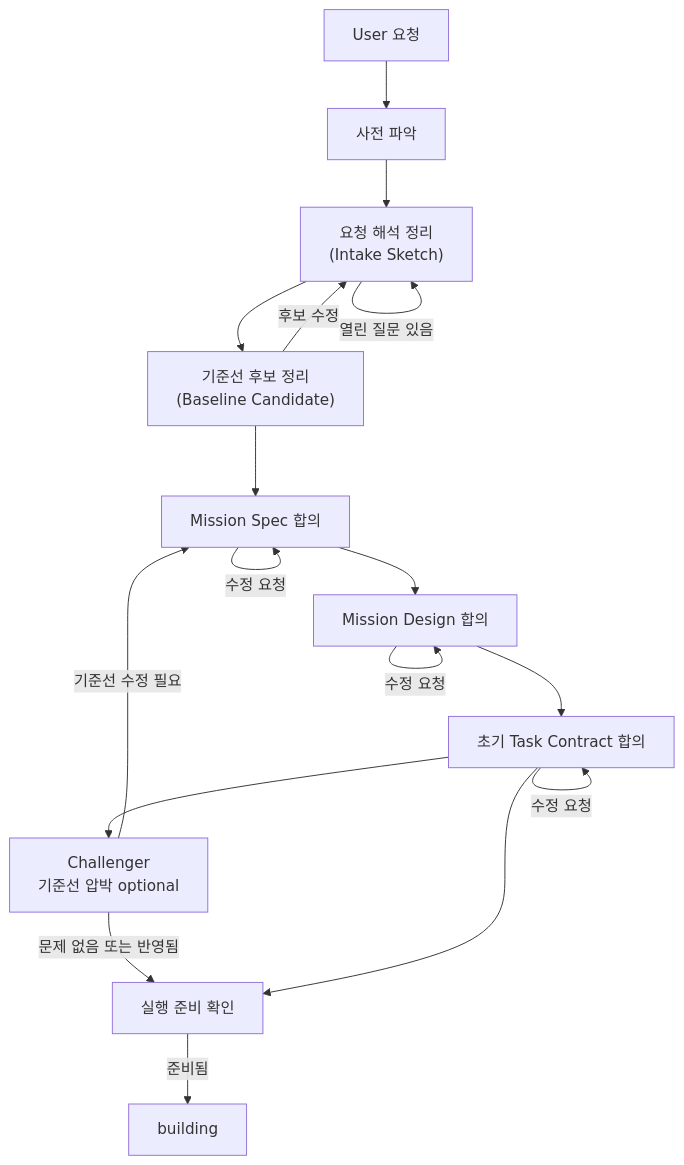
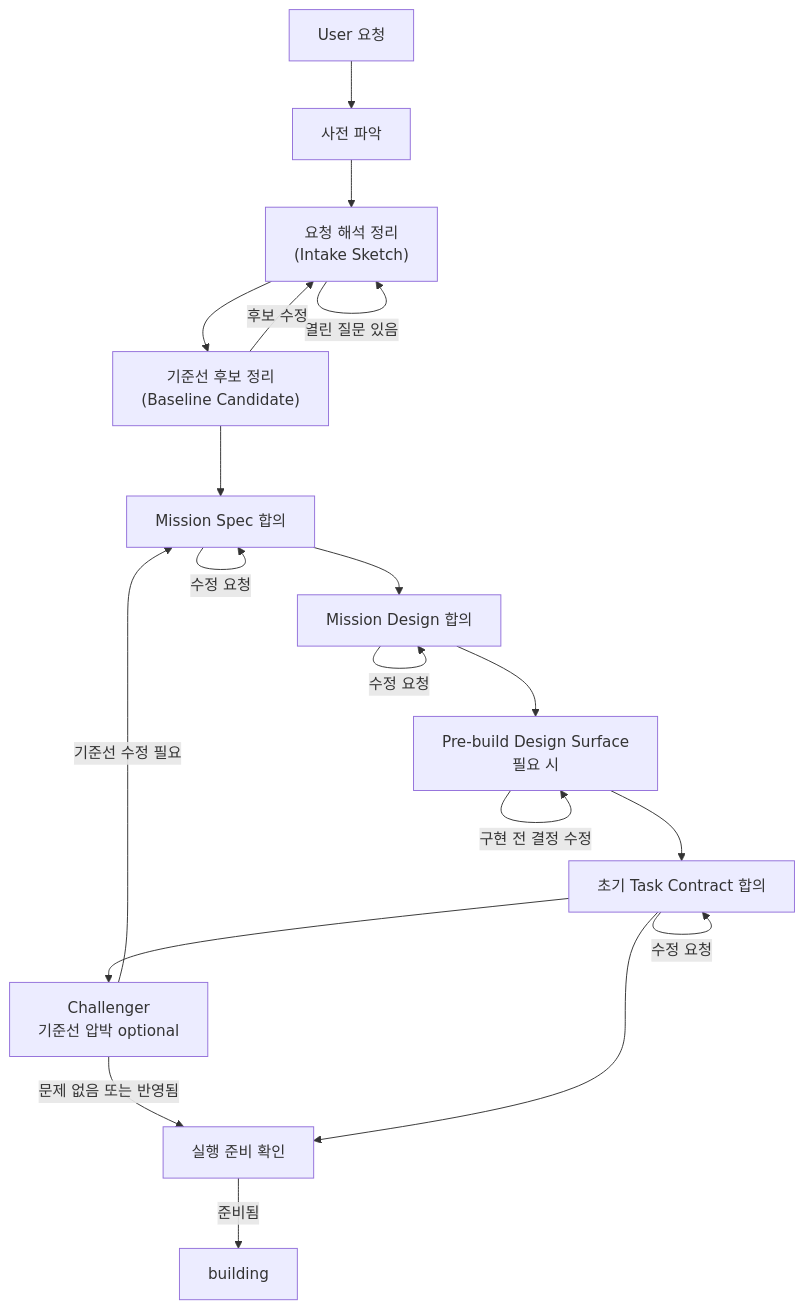
The second of 4 diagrams in docs/operating/mission.md (choam2426/geas), drawn with Mermaid before and after one commit. The commit also changed other lines of this file and 9 other files, not shown here.

Commit message:
Add pre-build design surface gate

````diff
--- a/docs/operating/mission.md
+++ b/docs/operating/mission.md
@@ -99,25 +99,27 @@
 ```mermaid
 flowchart TD
   R["User 요청"]
   P["사전 파악"]
   I["요청 해석 정리<br/>(Intake Sketch)"]
   C["기준선 후보 정리<br/>(Baseline Candidate)"]
   S["Mission Spec 합의"]
   D["Mission Design 합의"]
+  PBS["Pre-build Design Surface<br/>필요 시"]
   T["초기 Task Contract 합의"]
   H["Challenger<br/>기준선 압박 optional"]
   K["실행 준비 확인"]
   B["building"]
 
-  R --> P --> I --> C --> S --> D --> T
+  R --> P --> I --> C --> S --> D --> PBS --> T
   T --> H
   H -->|"문제 없음 또는 반영됨"| K
   H -->|"기준선 수정 필요"| S
   T --> K
   I -->|"열린 질문 있음"| I
   C -->|"후보 수정"| I
   S -->|"수정 요청"| S
   D -->|"수정 요청"| D
+  PBS -->|"구현 전 결정 수정"| PBS
   T -->|"수정 요청"| T
   K -->|"준비됨"| B
 ```
````
